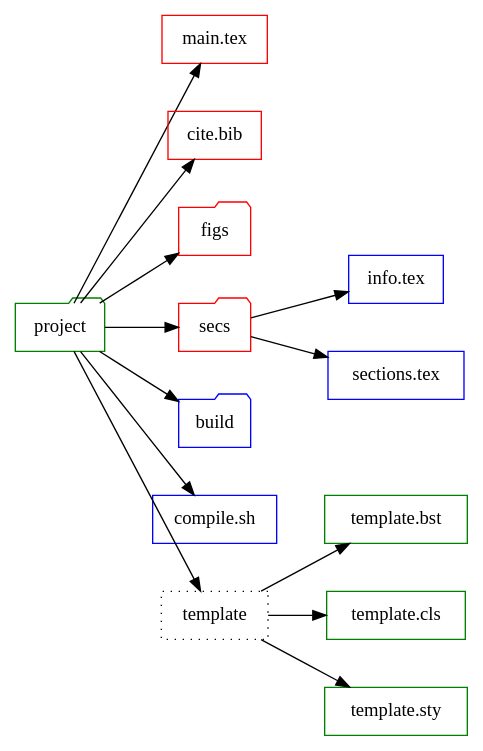
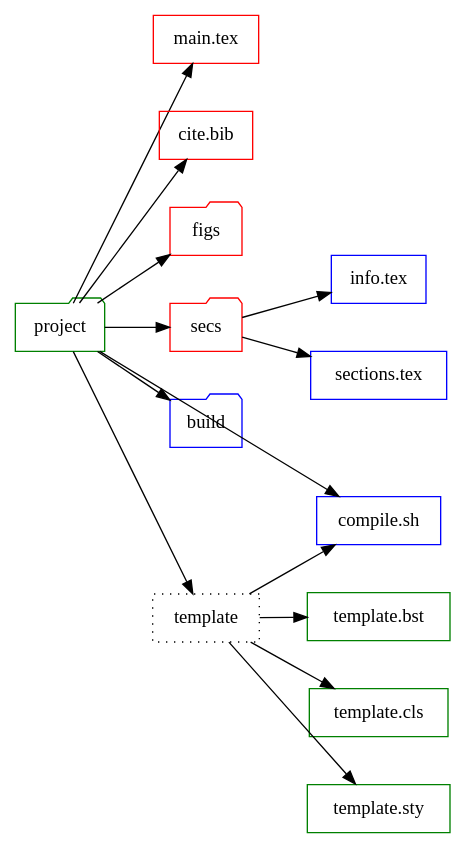
The diagram in texTemplate.org (bwtian/texTemplate), drawn with Graphviz before and after one commit. The commit also changed other lines of this file and 2 other files, not shown here.

Commit message:
- ‘.#texTemplate.org’ / ‘texTemplate.org’ / ‘texTemplate.svg’

```diff
--- a/texTemplate.org
+++ b/texTemplate.org
@@ -4,32 +4,32 @@
 #+BEGIN_SRC dot :file ./texTemplate.svg
   digraph {
   rankdir = LR
   fontname="Times";
   fontsize = 12;
   splines = false;
   ranksep = 0.5;
   nodesep = 0.5;
   node [shape = box]
   //1. set node
   proj [label = "project", color = green, shape="folder"]
   info [label = "info.tex", color = blue]
   secs [label = "sections.tex", color = blue]
   main [label = "main.tex", color = red]
   bib [label = "cite.bib", color = red]
   bst [label = "template.bst", color = green]
   cls [label = "template.cls", color = green]
   sty [label = "template.sty", color = green]
   fig [label = "figs", color=red, shape="folder"]
   sec [label = "secs", color=red, shape="folder"]
   build [label  = "build", color = blue, shape="folder"]
   gen [label = "compile.sh", color = blue]
   temp [label = "template", style=dotted]
   //2. set path
 
   proj -> {fig sec main temp bib build gen}
-  temp -> {cls, bst, sty}
+  temp -> {cls, bst, sty, gen}
   sec -> {info, secs}
   //3. set rank
 
   }
 #+END_SRC
```
